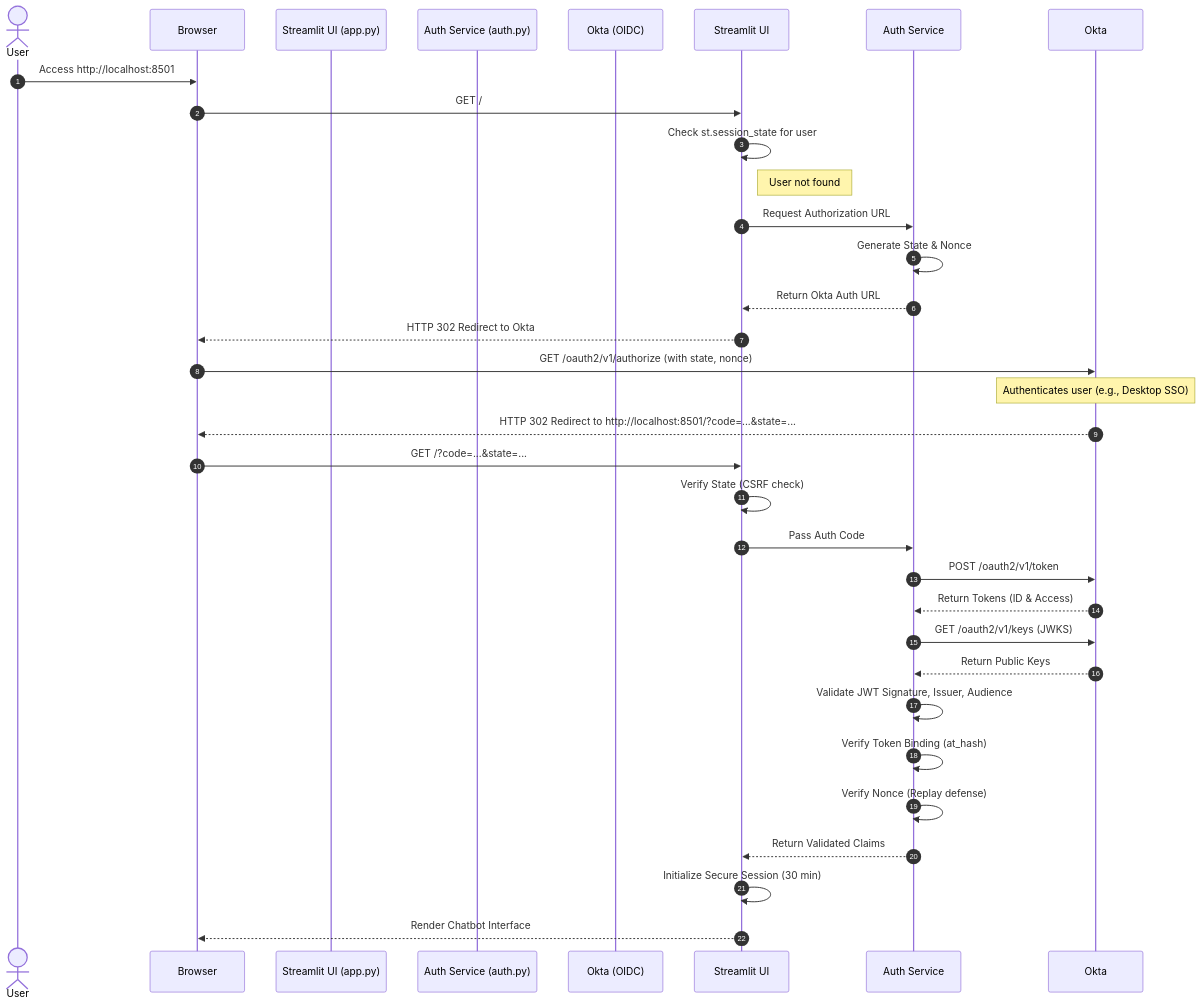
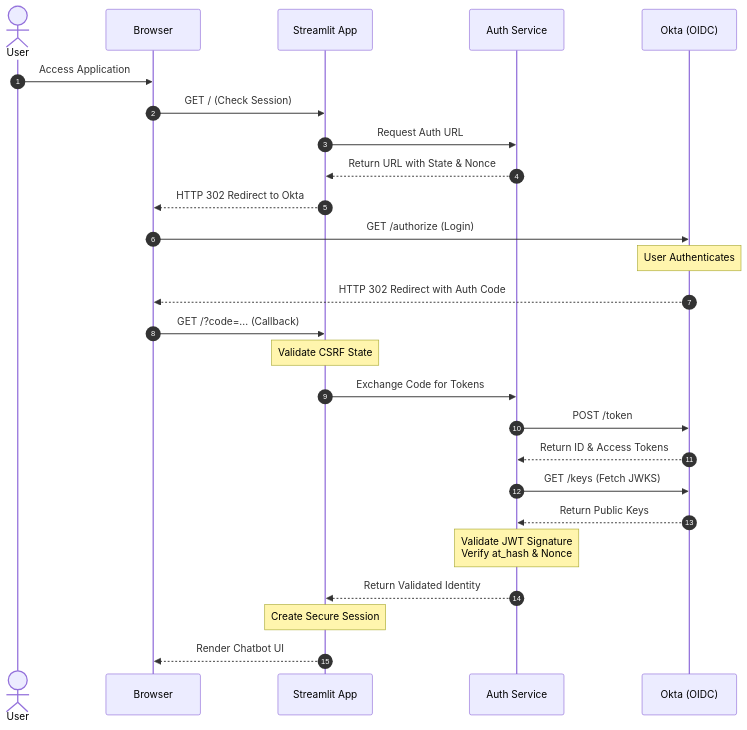
The diagram in README.md (NagaMurugesan/auth), drawn with Mermaid before and after one commit.

Commit message:
updated mermaid document

````diff
--- a/README.md
+++ b/README.md
@@ -19,39 +19,33 @@
 ```mermaid
 sequenceDiagram
     autonumber
-    actor User
-    participant Browser
-    participant Streamlit UI (app.py)
-    participant Auth Service (auth.py)
-    participant Okta (OIDC)
+    actor U as User
+    participant B as Browser
+    participant S as Streamlit App
+    participant A as Auth Service
+    participant O as Okta (OIDC)
 
-    User->>Browser: Access http://localhost:8501
-    Browser->>Streamlit UI: GET /
-    Streamlit UI->>Streamlit UI: Check st.session_state for user
-    Note right of Streamlit UI: User not found
+    U->>B: Access Application
+    B->>S: GET / (Check Session)
+    S->>A: Request Auth URL
+    A-->>S: Return URL with State & Nonce
+    S-->>B: HTTP 302 Redirect to Okta
     
-    Streamlit UI->>Auth Service: Request Authorization URL
-    Auth Service->>Auth Service: Generate State & Nonce
-    Auth Service-->>Streamlit UI: Return Okta Auth URL
-    Streamlit UI-->>Browser: HTTP 302 Redirect to Okta
+    B->>O: GET /authorize (Login)
+    Note over O: User Authenticates
+    O-->>B: HTTP 302 Redirect with Auth Code
     
-    Browser->>Okta: GET /oauth2/v1/authorize (with state, nonce)
-    Note over Okta: Authenticates user (e.g., Desktop SSO)
-    Okta-->>Browser: HTTP 302 Redirect to http://localhost:8501/?code=...&state=...
+    B->>S: GET /?code=... (Callback)
+    Note over S: Validate CSRF State
+    S->>A: Exchange Code for Tokens
+    A->>O: POST /token
+    O-->>A: Return ID & Access Tokens
     
-    Browser->>Streamlit UI: GET /?code=...&state=...
-    Streamlit UI->>Streamlit UI: Verify State (CSRF check)
-    Streamlit UI->>Auth Service: Pass Auth Code
-    Auth Service->>Okta: POST /oauth2/v1/token
-    Okta-->>Auth Service: Return Tokens (ID & Access)
+    A->>O: GET /keys (Fetch JWKS)
+    O-->>A: Return Public Keys
+    Note over A: Validate JWT Signature<br/>Verify at_hash & Nonce
+    A-->>S: Return Validated Identity
     
-    Auth Service->>Okta: GET /oauth2/v1/keys (JWKS)
-    Okta-->>Auth Service: Return Public Keys
-    Auth Service->>Auth Service: Validate JWT Signature, Issuer, Audience
-    Auth Service->>Auth Service: Verify Token Binding (at_hash)
-    Auth Service->>Auth Service: Verify Nonce (Replay defense)
-    Auth Service-->>Streamlit UI: Return Validated Claims
-    
-    Streamlit UI->>Streamlit UI: Initialize Secure Session (30 min)
-    Streamlit UI-->>Browser: Render Chatbot Interface
+    Note over S: Create Secure Session
+    S-->>B: Render Chatbot UI
 ```
````
